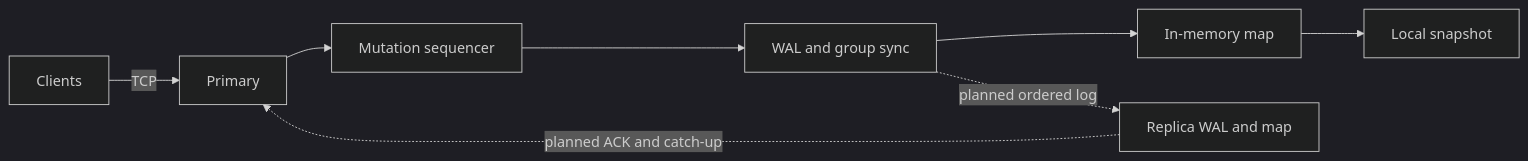
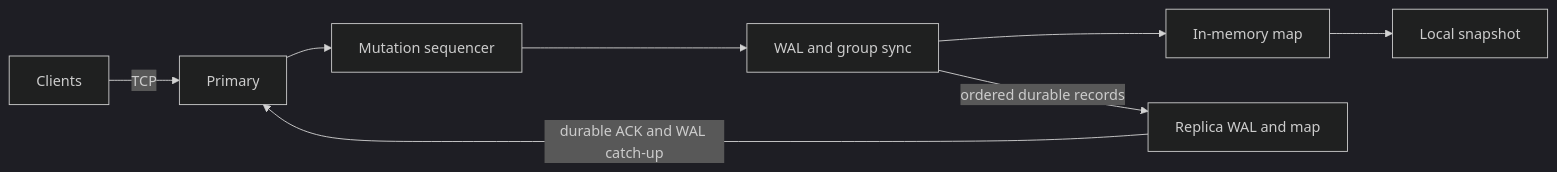
Before and after one commit to aarochu/DistributeDB: the diagram in README.md, drawn with Mermaid (dark theme). The commit also changed other lines of this file and 7 other files, not shown here.

````diff
--- a/README.md
+++ b/README.md
@@ -19,10 +19,10 @@
 ```mermaid
 flowchart LR
     C[Clients] -->|TCP| P[Primary]
     P --> Q[Mutation sequencer]
     Q --> W[WAL and group sync]
     W --> M[In-memory map]
-    W -.->|planned ordered log| R[Replica WAL and map]
+    W -->|ordered durable records| R[Replica WAL and map]
     M --> S[Local snapshot]
-    R -.->|planned ACK and catch-up| P
+    R -->|durable ACK and WAL catch-up| P
 ```
````
